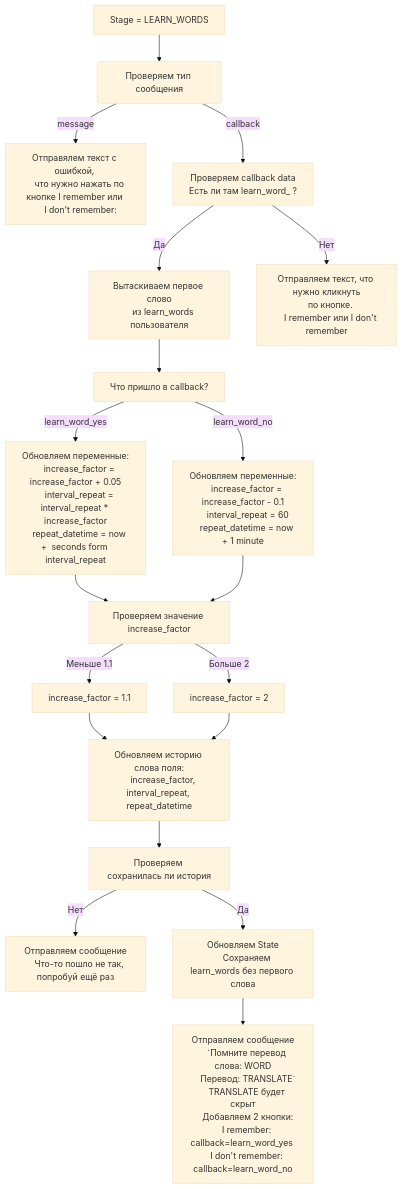
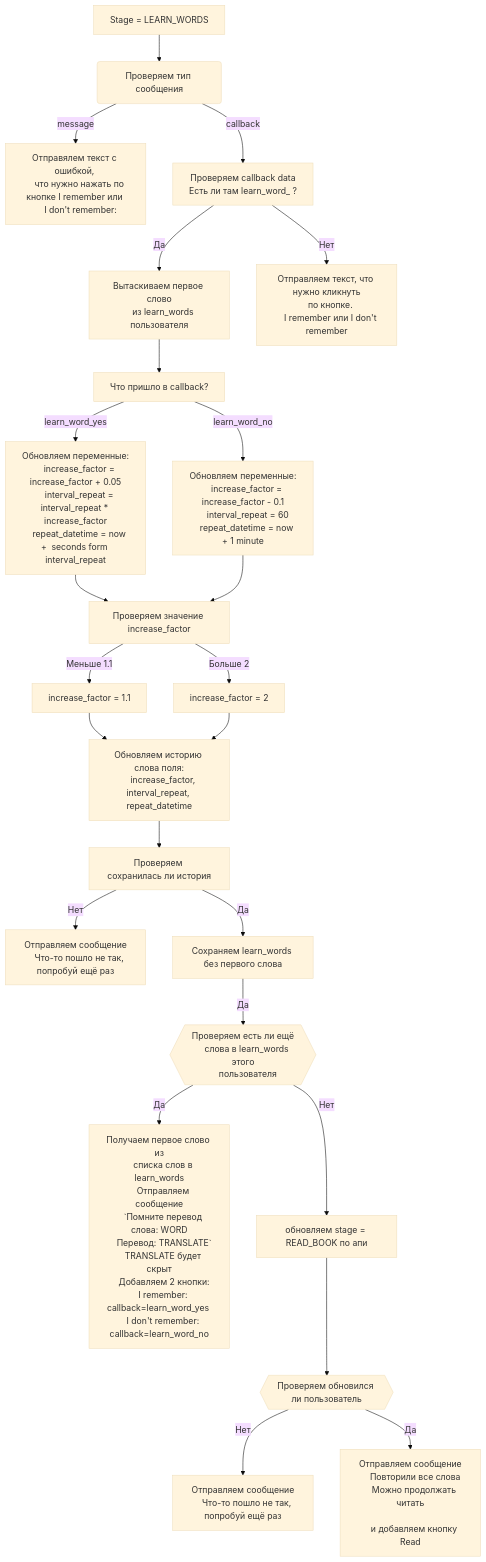
One commit to psgaiduk/learning_en_telegram_bot changed the second of 2 diagrams in documentation/leran_words.md. Above: the diagram before and after it, drawn with Mermaid (base theme).

Commit message:
docs(documentation): add logic for last word LEARN_WORDS

````diff
--- a/documentation/leran_words.md
+++ b/documentation/leran_words.md
@@ -36,53 +36,78 @@
 ```mermaid
 graph TD;
     start[Stage = LEARN_WORDS] --> check_type_message(Проверяем тип сообщения)
     check_type_message --> |message| check_text_message[
     Отправялем текст с ошибкой, 
     что нужно нажать по кнопке I remember или 
     I don't remember:
     ]
     check_type_message --> |callback| check_callback_data[Проверяем callback data
     Есть ли там learn_word_ ?]
     check_callback_data --> |Да| get_first_word[
     Вытаскиваем первое слово
     из learn_words пользователя]
     get_first_word --> check_callback_answer[Что пришло в callback?]
     check_callback_answer --> |learn_word_yes| remember_word[Обновляем переменные:
     increase_factor = increase_factor + 0.05
     interval_repeat = interval_repeat * increase_factor
     repeat_datetime = now +  seconds form interval_repeat]
     check_callback_answer --> |learn_word_no| dont_remember_word[Обновляем переменные:
     increase_factor = increase_factor - 0.1
     interval_repeat = 60
     repeat_datetime = now + 1 minute]
     remember_word --> check_increase_factor[Проверяем значение increase_factor]
     dont_remember_word --> check_increase_factor
     check_increase_factor --> |Больше 2| more_2_increase_factor[increase_factor = 2]
     check_increase_factor --> |Меньше 1.1| less_1.1_increase_factor[increase_factor = 1.1]
     less_1.1_increase_factor --> save_words_history
     more_2_increase_factor --> save_words_history[
     Обновляем историю слова поля:
     increase_factor, interval_repeat, repeat_datetime
     ]
     save_words_history --> check_save_words_history[Проверяем сохранилась ли история]
     check_save_words_history --> |Нет| bad_save_words_history[
     Отправляем сообщение
     Что-то пошло не так, попробуй ещё раз
     ]
-    check_save_words_history --> |Да| good_save_words_history[
-    Обновляем State
-    Сохраняем learn_words без первого слова
-    ]
     check_callback_data --> |Нет| wrong_callback_data[Отправляем текст, что нужно кликнуть
     по кнопке. 
     I remember или I don't remember]
-    good_save_words_history --> send_message[
-        Отправляем сообщение
+    check_save_words_history --> |Да| update_context_learn_words[
+    Сохраняем learn_words без первого слова
+    ]
+    update_context_learn_words --> |Да| check_learn_words{{
+    Проверяем есть ли ещё
+    слова в learn_words этого
+    пользователя
+    }}
+    check_learn_words --> |Да| send_message[
+    Получаем первое слово из
+    списка слов в learn_words
+    Отправляем сообщение
     `Помните перевод слова: WORD
     Перевод: TRANSLATE`
     TRANSLATE будет скрыт
     Добавляем 2 кнопки:
     I remember: callback=learn_word_yes 
     I don't remember: callback=learn_word_no
     ]
+    check_learn_words --> |Нет| update_stage_user[
+    обновляем stage = READ_BOOK по апи
+    ]
+    update_stage_user --> check_update_stage_user{{
+    Проверяем обновился ли пользователь
+    }}
+    check_update_stage_user --> |Нет| send_error_after_not_update_user[
+    Отправляем сообщение
+    Что-то пошло не так, попробуй ещё раз
+    ]
+    check_update_stage_user --> |Да| send_message_end_words[
+    Отправляем сообщение
+    Повторили все слова
+    Можно продолжать читать
+    
+    и добавляем кнопку Read
+    ]
+    
+    classDef new fill:#69f,stroke:#333,stroke-width:2px;
 ```
````
